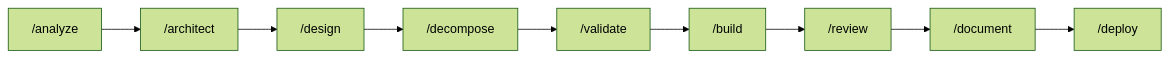
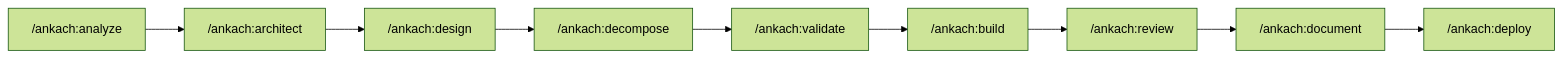
One commit to AAnkacHH/ankach-dev-framework changed the first of 4 diagrams in workflows/dev-pipeline/README.md. Above: the diagram before and after it, drawn with Mermaid (forest theme). The commit also changed other lines of this file and 24 other files, not shown here.

````diff
--- a/workflows/dev-pipeline/README.md
+++ b/workflows/dev-pipeline/README.md
@@ -5,5 +5,5 @@
 ```mermaid
 graph LR
-    A["/analyze"] --> B["/architect"] --> C["/design"] --> D["/decompose"]
-    D --> E["/validate"] --> F["/build"] --> G["/review"] --> H["/document"] --> I["/deploy"]
+    A["/ankach:analyze"] --> B["/ankach:architect"] --> C["/ankach:design"] --> D["/ankach:decompose"]
+    D --> E["/ankach:validate"] --> F["/ankach:build"] --> G["/ankach:review"] --> H["/ankach:document"] --> I["/ankach:deploy"]
 ```
````
